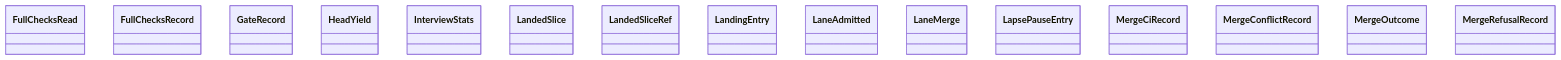
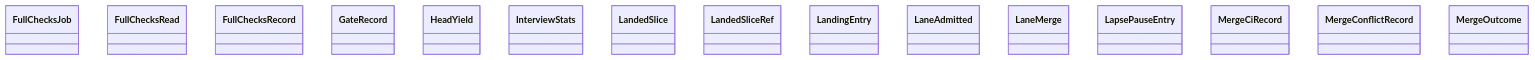
The diagram in docs/architecture/generated/classes-process-domain-state-7.md (GonzaloZevallos/agentic-system), drawn with Mermaid before and after one commit. The commit also changed other lines of this file and 16 other files, not shown here.

First line of the commit message:
Place format_retakes in the docs clusters and regenerate the architecture pages

````diff
--- a/docs/architecture/generated/classes-process-domain-state-7.md
+++ b/docs/architecture/generated/classes-process-domain-state-7.md
@@ -32,18 +32,18 @@
 ```mermaid
 classDiagram
+    class task__FullChecksJob["FullChecksJob"]
     class task__FullChecksRead["FullChecksRead"]
     class task__FullChecksRecord["FullChecksRecord"]
     class task__GateRecord["GateRecord"]
     class task__HeadYield["HeadYield"]
     class task__InterviewStats["InterviewStats"]
     class task__LandedSlice["LandedSlice"]
     class task__LandedSliceRef["LandedSliceRef"]
     class task__LandingEntry["LandingEntry"]
     class task__LaneAdmitted["LaneAdmitted"]
     class task__LaneMerge["LaneMerge"]
     class task__LapsePauseEntry["LapsePauseEntry"]
     class task__MergeCiRecord["MergeCiRecord"]
     class task__MergeConflictRecord["MergeConflictRecord"]
     class task__MergeOutcome["MergeOutcome"]
-    class task__MergeRefusalRecord["MergeRefusalRecord"]
 ```
````
